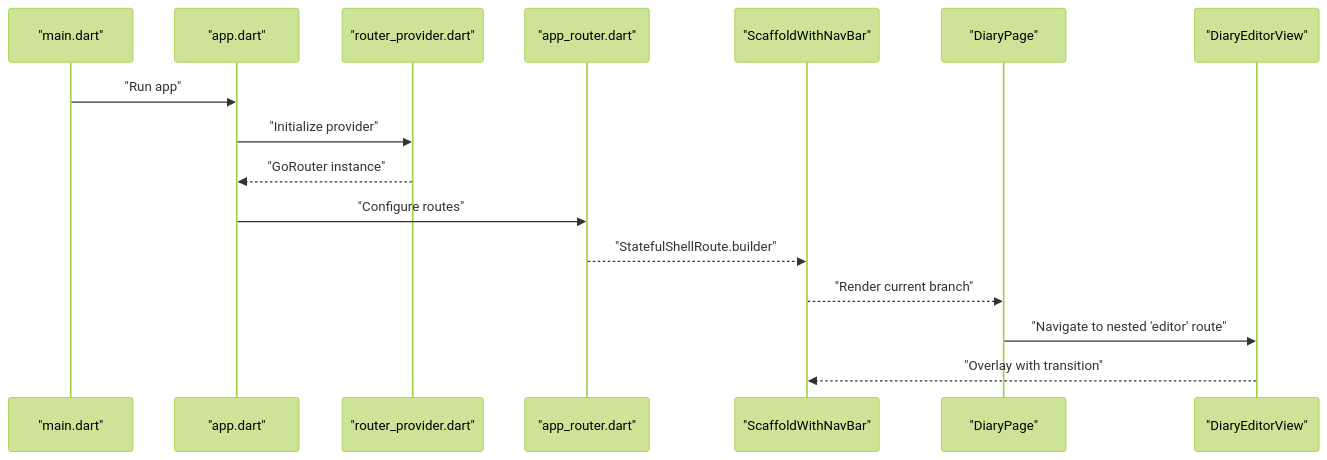
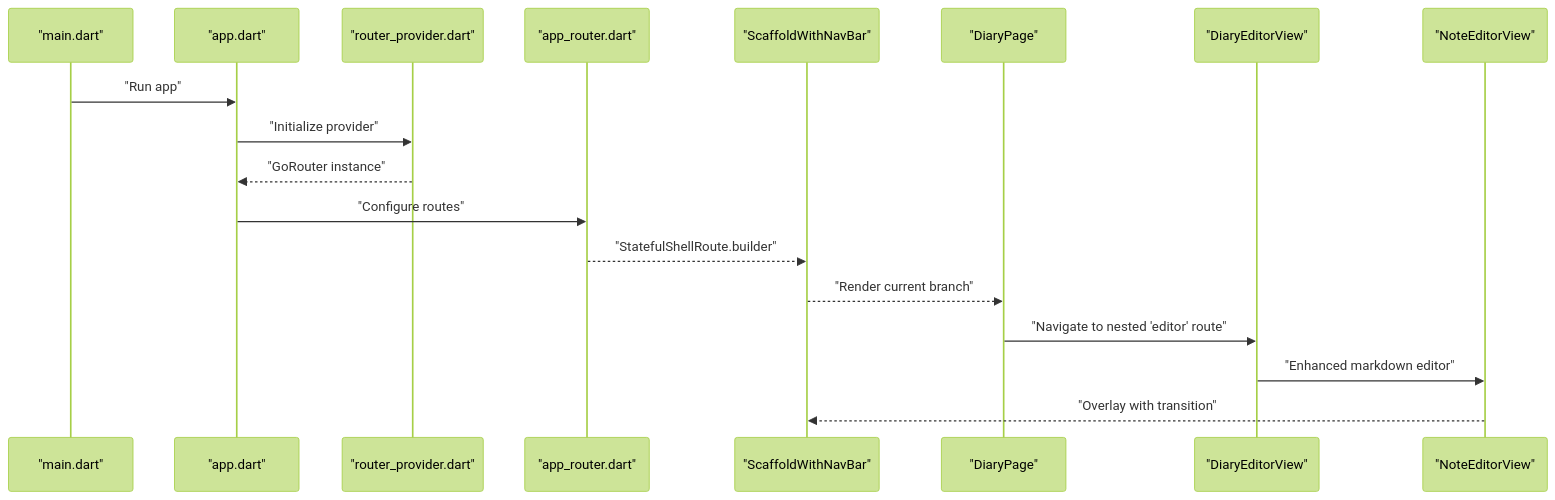
The second of 9 diagrams in .qoder/repowiki/en/content/UI Components and Pages/UI Components and Pages.md (favoroo/QNote), drawn with Mermaid (forest theme) before and after one commit. The commit also changed other lines of this file and 114 other files, not shown here.

````diff
--- a/.qoder/repowiki/en/content/UI Components and Pages/UI Components and Pages.md
+++ b/.qoder/repowiki/en/content/UI Components and Pages/UI Components and Pages.md
@@ -117,18 +140,20 @@
 ```mermaid
 sequenceDiagram
 participant Entry as "main.dart"
 participant App as "app.dart"
 participant RouterProv as "router_provider.dart"
 participant Router as "app_router.dart"
 participant Shell as "ScaffoldWithNavBar"
 participant Diary as "DiaryPage"
 participant Editor as "DiaryEditorView"
+participant NoteEditor as "NoteEditorView"
 Entry->>App : "Run app"
 App->>RouterProv : "Initialize provider"
 RouterProv-->>App : "GoRouter instance"
 App->>Router : "Configure routes"
 Router-->>Shell : "StatefulShellRoute.builder"
 Shell-->>Diary : "Render current branch"
 Diary->>Editor : "Navigate to nested 'editor' route"
-Editor-->>Shell : "Overlay with transition"
+Editor->>NoteEditor : "Enhanced markdown editor"
+NoteEditor-->>Shell : "Overlay with transition"
 ```
````
